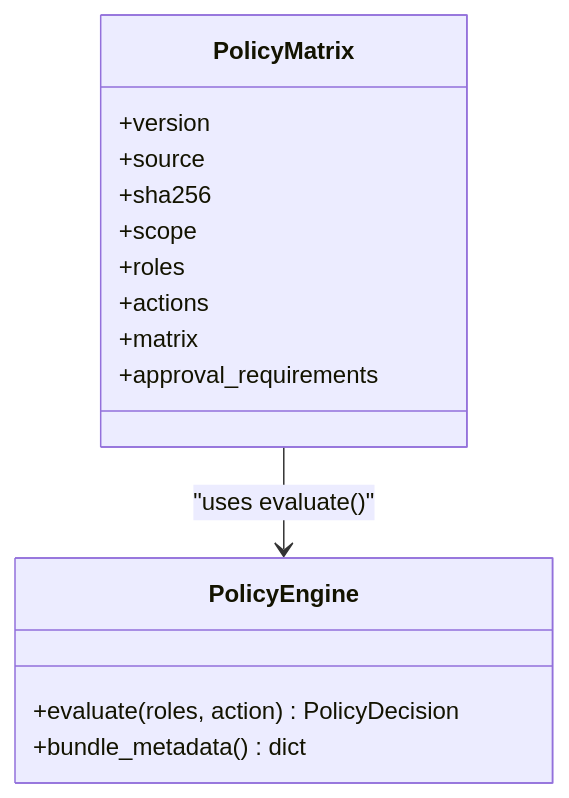
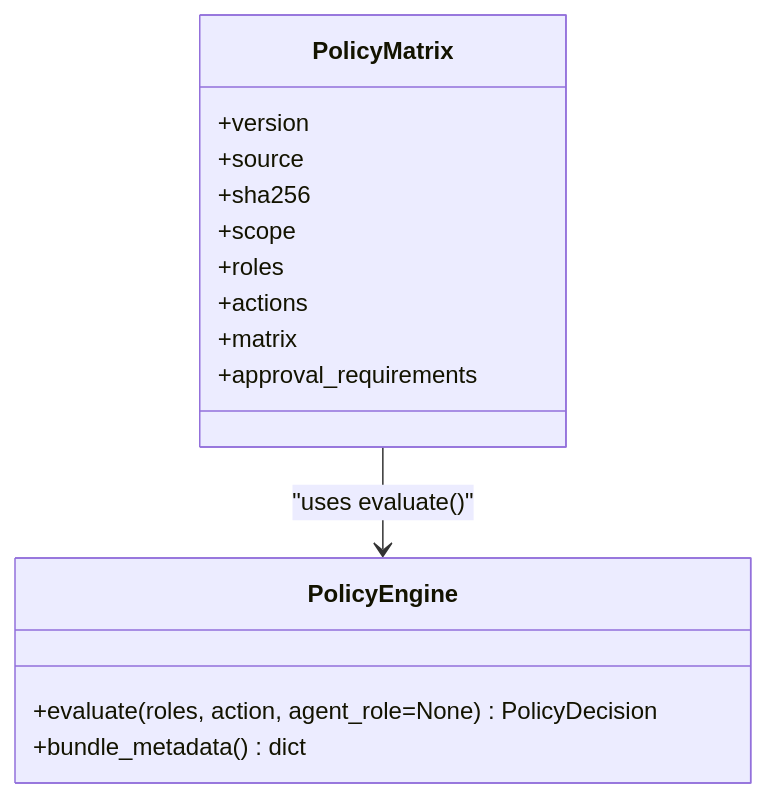
One commit to metasync/luban-aiops changed diagram 12 of 16 in .qoder/repowiki/en/content/Core Services/Platform Gateway/Policy Engine and Authorization.md. Above: the diagram before and after it, drawn with Mermaid. The commit also changed other lines of this file and 128 other files, not shown here.

````diff
--- a/.qoder/repowiki/en/content/Core Services/Platform Gateway/Policy Engine and Authorization.md
+++ b/.qoder/repowiki/en/content/Core Services/Platform Gateway/Policy Engine and Authorization.md
@@ -358,18 +508,18 @@
 ```mermaid
 classDiagram
 class PolicyMatrix {
 +version
 +source
 +sha256
 +scope
 +roles
 +actions
 +matrix
 +approval_requirements
 }
 class PolicyEngine {
-+evaluate(roles, action) PolicyDecision
++evaluate(roles, action, agent_role=None) PolicyDecision
 +bundle_metadata() dict
 }
 PolicyMatrix --> PolicyEngine : "uses evaluate()"
 ```
````
